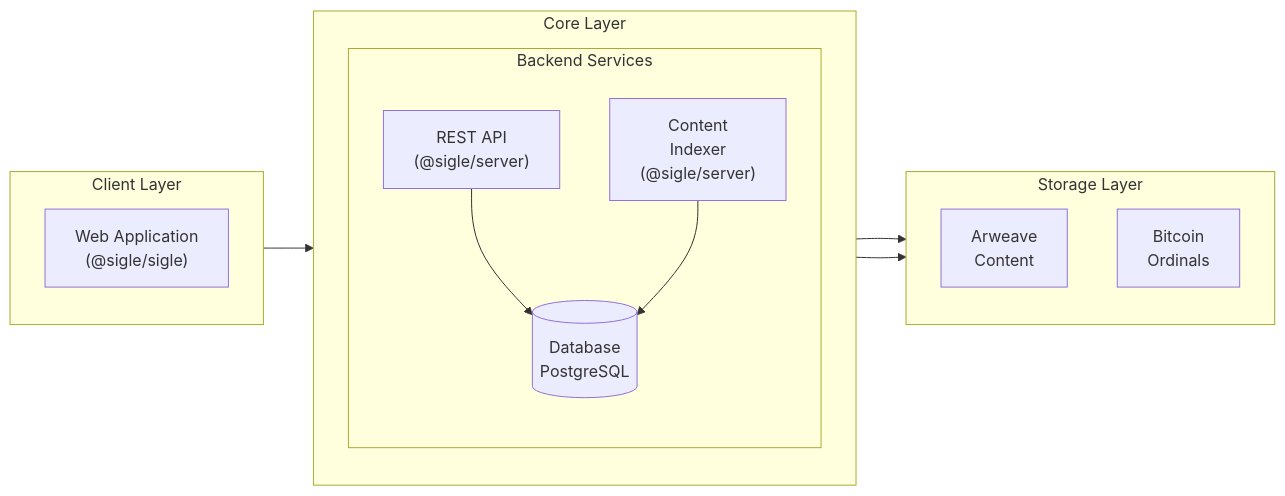
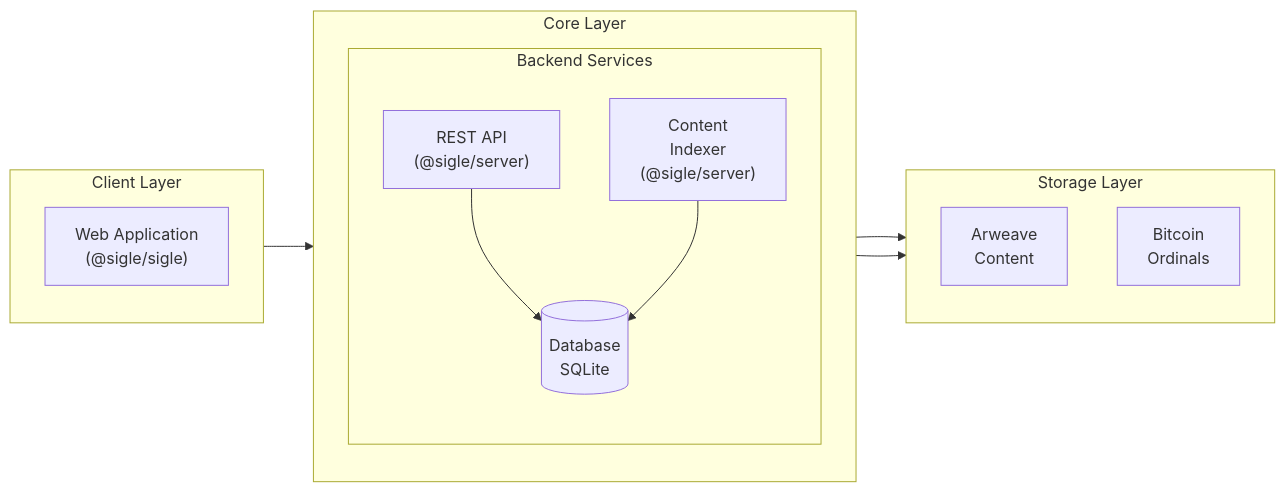
One commit to sigle/sigle changed the diagram in apps/docs/src/content/docs/architecture.mdx. Above: the diagram before and after it, drawn with Mermaid. The commit also changed 68 other files, not shown here.

````diff
--- a/apps/docs/src/content/docs/architecture.mdx
+++ b/apps/docs/src/content/docs/architecture.mdx
@@ -14,34 +14,34 @@
 ```mermaid
 flowchart LR
     %% Define core application components
     subgraph Client[" Client Layer "]
         direction TB
         UI["Web Application<br/>(@sigle/sigle)"]
     end
 
     subgraph Core[" Core Layer "]
         direction TB
 
         subgraph Backend[" Backend Services "]
             direction TB
             API["REST API<br/>(@sigle/server)"]
             Indexer["Content<br/>Indexer<br/>(@sigle/server)"]
-            DB[(Database<br/>PostgreSQL)]
+            DB[(Database<br/>SQLite)]
         end
     end
 
     subgraph Storage[" Storage Layer "]
         direction TB
         Arweave["Arweave<br/>Content"]
         Ordinals["Bitcoin<br/>Ordinals"]
     end
 
     %% Define connections
     UI --> API
 
     API --> DB
     Indexer --> DB
 
     Indexer --> Arweave
     Indexer --> Ordinals
 ```
````
